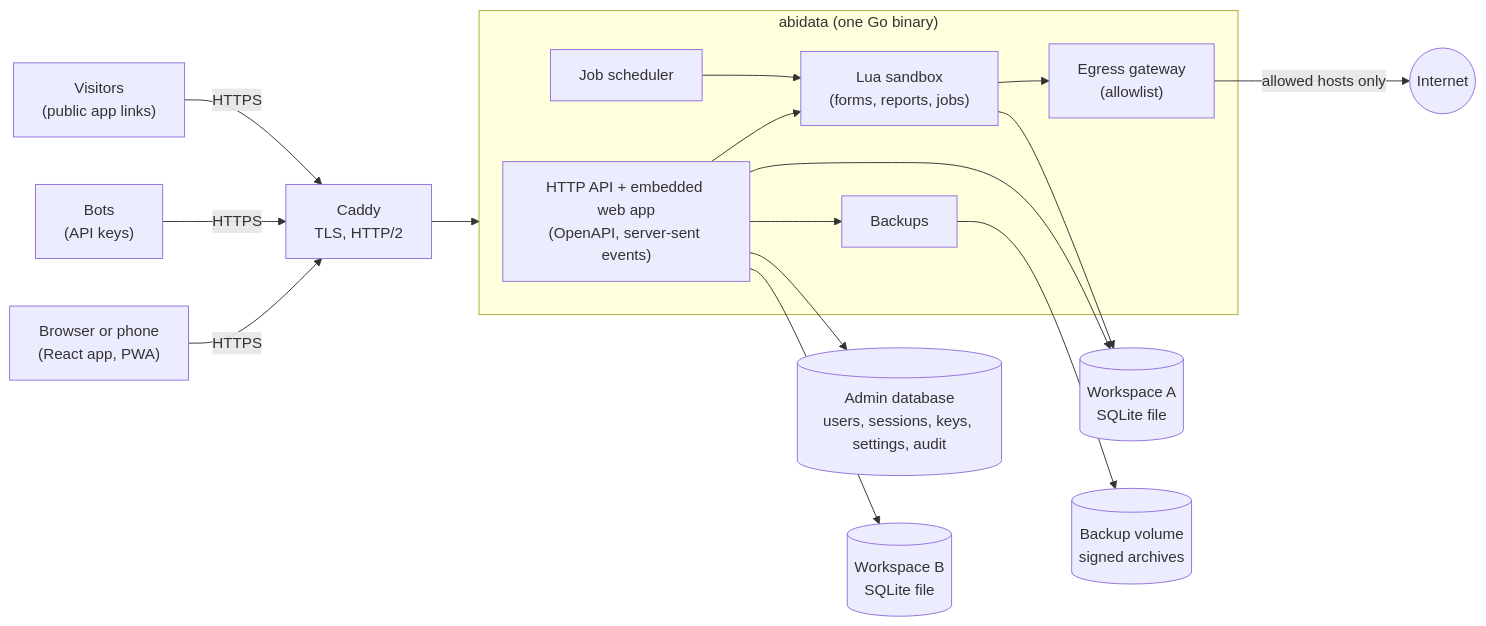
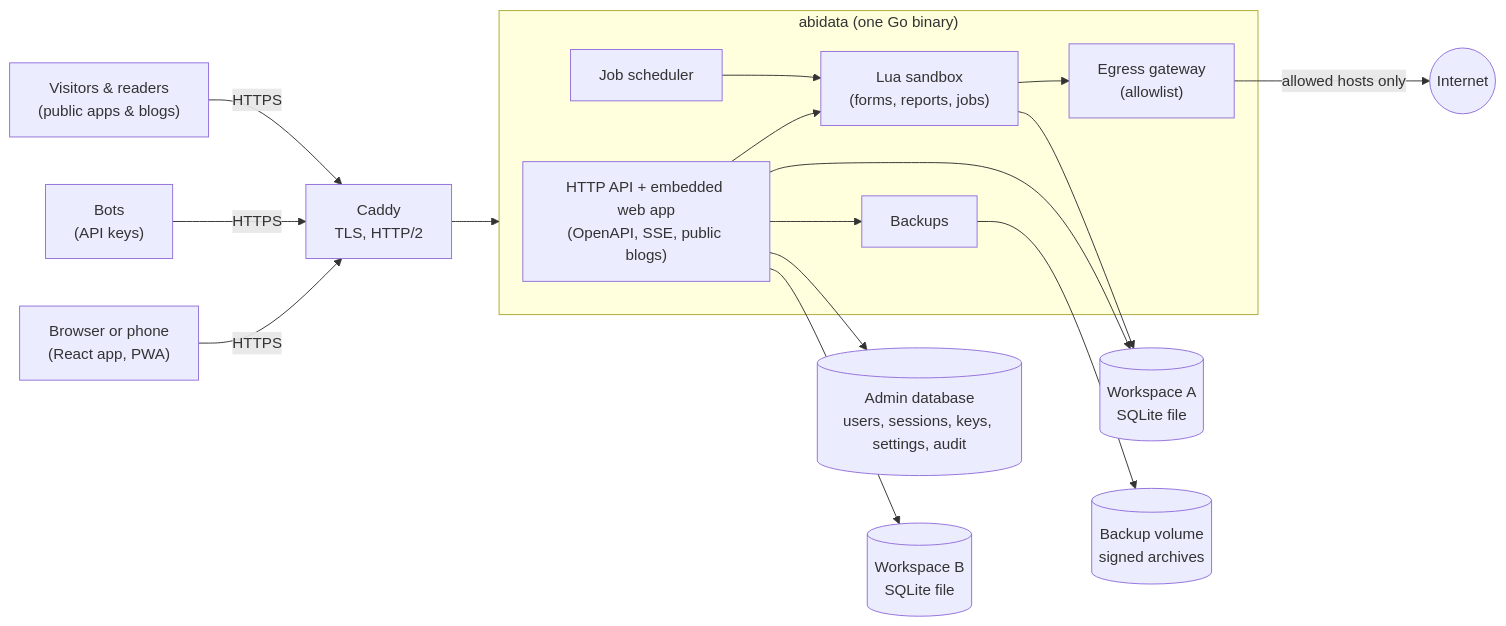
Before and after one commit to AbishYoung/AbiData: the diagram in README.md, drawn with Mermaid. The commit also changed other lines of this file and 20 other files, not shown here.

````diff
--- a/README.md
+++ b/README.md
@@ -222,26 +227,26 @@
 ```mermaid
 flowchart LR
   B["Browser or phone<br/>(React app, PWA)"] -->|HTTPS| C[Caddy<br/>TLS, HTTP/2]
   K["Bots<br/>(API keys)"] -->|HTTPS| C
-  V["Visitors<br/>(public app links)"] -->|HTTPS| C
+  V["Visitors & readers<br/>(public apps & blogs)"] -->|HTTPS| C
   C --> S
 
   subgraph S["abidata (one Go binary)"]
-    API["HTTP API + embedded web app<br/>(OpenAPI, server-sent events)"]
+    API["HTTP API + embedded web app<br/>(OpenAPI, SSE, public blogs)"]
     SCH["Job scheduler"]
     SBX["Lua sandbox<br/>(forms, reports, jobs)"]
     EG["Egress gateway<br/>(allowlist)"]
     BK["Backups"]
     API --> SBX
     SCH --> SBX
     SBX --> EG
     API --> BK
   end
 
   API --> ADM[("Admin database<br/>users, sessions, keys, settings, audit")]
   API --> W1[("Workspace A<br/>SQLite file")]
   SBX --> W1
   API --> W2[("Workspace B<br/>SQLite file")]
   BK --> BD[("Backup volume<br/>signed archives")]
   EG -->|allowed hosts only| NET((Internet))
 ```
````
